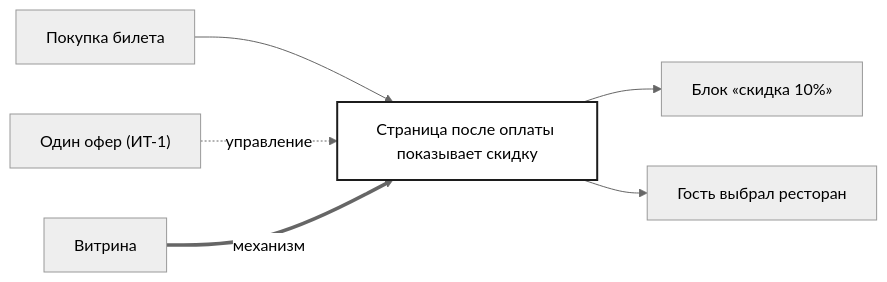
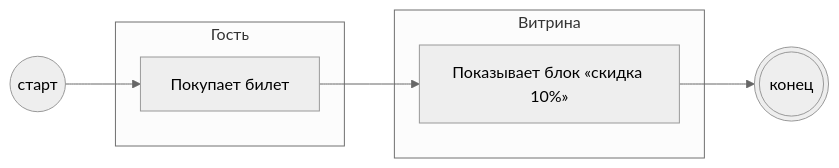
Before and after one commit to po-helper-org/poh-bft-writer: the diagram in skills/bft-blueprint/scripts/fixtures/backlog_ok/backlog/tasks/bp-1.1 - Страница-после-оплаты-показывает-скидку.md, drawn with Mermaid (neutral theme). The commit also changed other lines of this file and 60 other files, not shown here.

````diff
--- a/skills/bft-blueprint/scripts/fixtures/backlog_ok/backlog/tasks/bp-1.1 - Страница-после-оплаты-показывает-скидку.md
+++ b/skills/bft-blueprint/scripts/fixtures/backlog_ok/backlog/tasks/bp-1.1 - Страница-после-оплаты-показывает-скидку.md
@@ -27,10 +38,14 @@
 ```mermaid
 flowchart LR
-  A0["Страница после оплаты показывает скидку"]
-  in1["Покупка билета"] --> A0
-  ctl1["Один офер (ИТ-1)"] -. управление .-> A0
-  mech1["Витрина"] == механизм ==> A0
-  A0 --> out1["Блок «скидка 10%»"]
-  A0 --> out2["Гость выбрал ресторан"]
-  style A0 fill:#fff,stroke:#1c1c1c,stroke-width:2px
+  S(("старт"))
+  subgraph L1["Гость"]
+    N1["Покупает билет"]
+  end
+  subgraph L2["Витрина"]
+    N2["Показывает блок «скидка 10%»"]
+  end
+  E((("конец")))
+  S --> N1
+  N1 --> N2
+  N2 --> E
 ```
````
